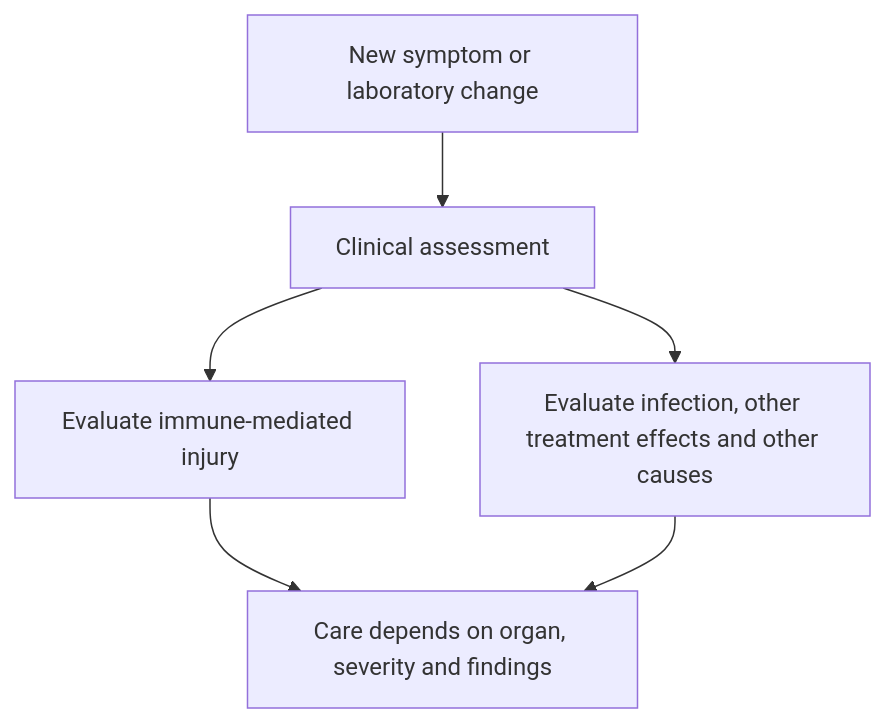
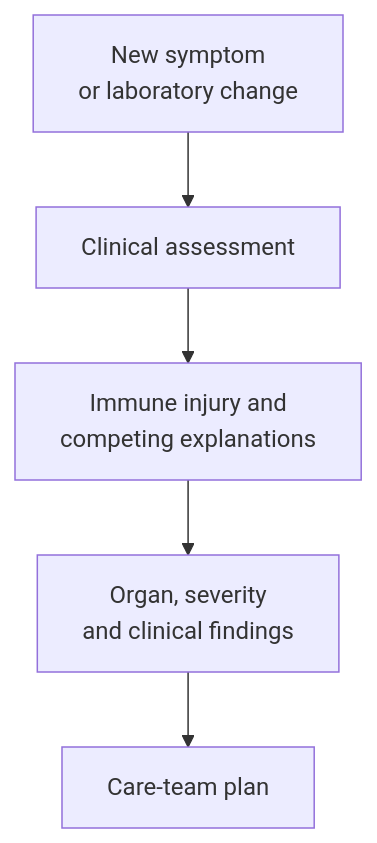
Before and after one commit to jasonLaster/oncoguide: the diagram in wiki/education/concepts/therapeutics/toxicities-and-supportive-care/immune-related-adverse-event.md, drawn with Mermaid. The commit also changed other lines of this file and 62 other files, not shown here.

````diff
--- a/wiki/education/concepts/therapeutics/toxicities-and-supportive-care/immune-related-adverse-event.md
+++ b/wiki/education/concepts/therapeutics/toxicities-and-supportive-care/immune-related-adverse-event.md
@@ -38,8 +38,7 @@
 ```mermaid
 flowchart TD
-  A[New symptom or laboratory change] --> B[Clinical assessment]
-  B --> C[Evaluate immune-mediated injury]
-  B --> D[Evaluate infection, other treatment effects and other causes]
-  C --> E[Care depends on organ, severity and findings]
-  D --> E
+  A[New symptom<br/>or laboratory change] --> B[Clinical assessment]
+  B --> C[Immune injury and<br/>competing explanations]
+  C --> D[Organ, severity<br/>and clinical findings]
+  D --> E[Care-team plan]
 ```
````
